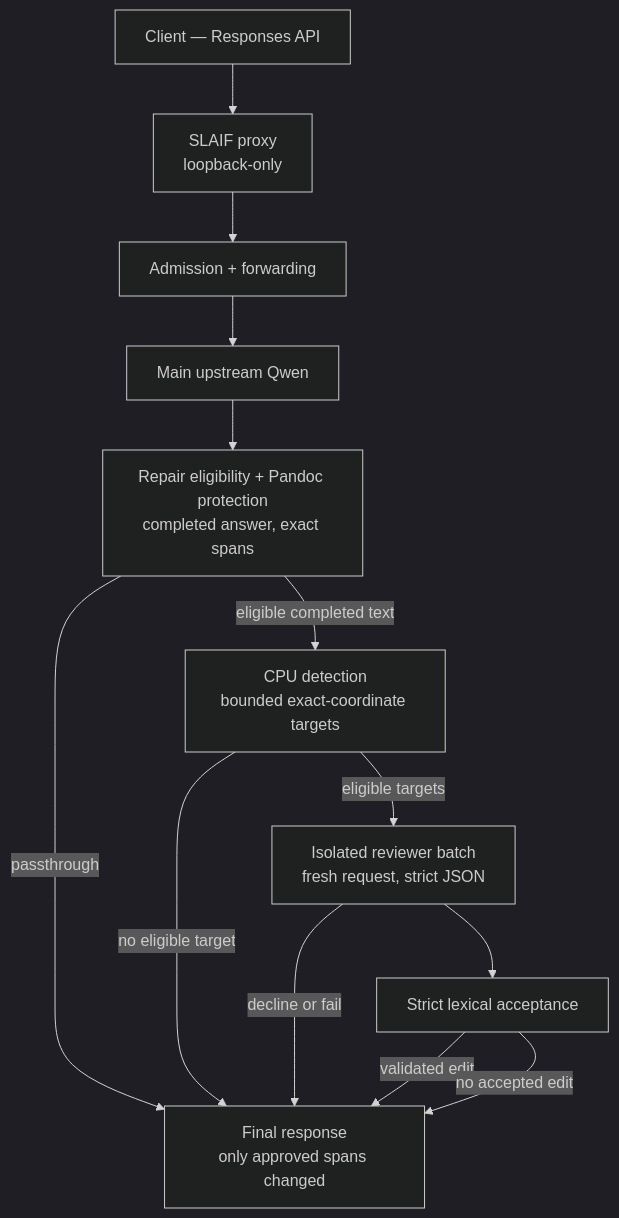
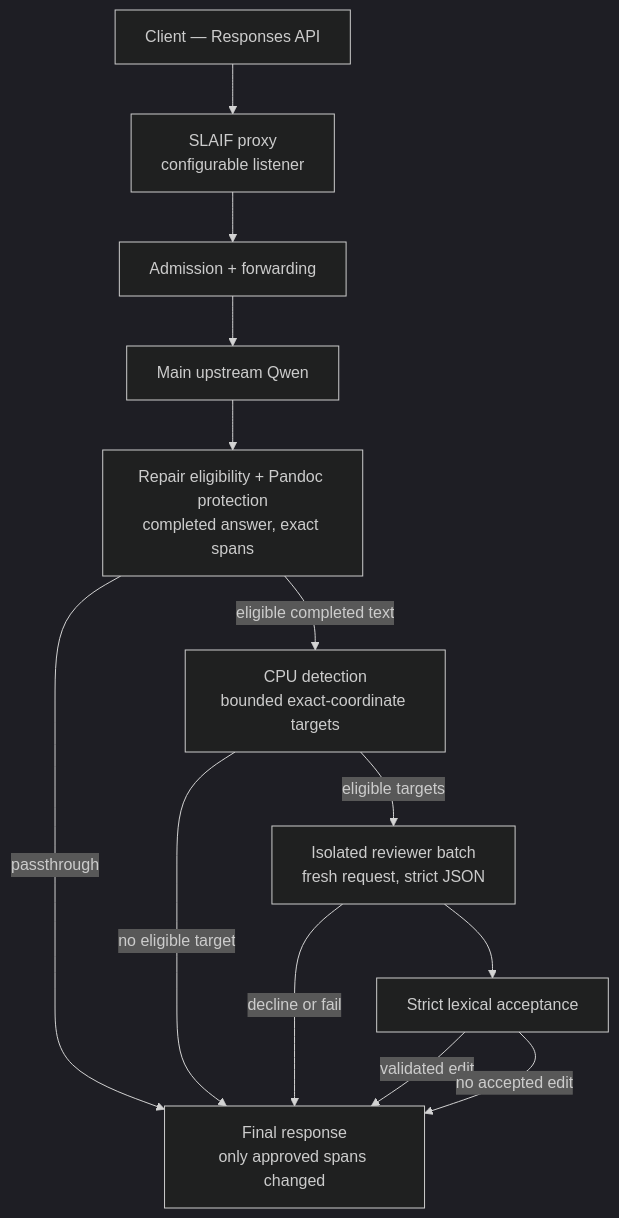
The diagram in README.md (ulfe-lmi/llm-slovenian-repair), drawn with Mermaid (dark theme) before and after one commit. The commit also changed other lines of this file and 6 other files, not shown here.

````diff
--- a/README.md
+++ b/README.md
@@ -40,21 +40,21 @@
 ```mermaid
 flowchart TD
     client["Client — Responses API"]
-    proxy["SLAIF proxy<br/>loopback-only"]
+    proxy["SLAIF proxy<br/>configurable listener"]
     admit["Admission + forwarding"]
     main["Main upstream Qwen"]
     gate["Repair eligibility + Pandoc protection<br/>completed answer, exact spans"]
     cpu["CPU detection<br/>bounded exact-coordinate targets"]
     review["Isolated reviewer batch<br/>fresh request, strict JSON"]
     accept["Strict lexical acceptance"]
     out["Final response<br/>only approved spans changed"]
 
     client --> proxy --> admit --> main --> gate
     gate -->|eligible completed text| cpu
     gate -->|passthrough| out
     cpu -->|eligible targets| review --> accept
     cpu -->|no eligible target| out
     review -->|decline or fail| out
     accept -->|validated edit| out
     accept -->|no accepted edit| out
 ```
````
